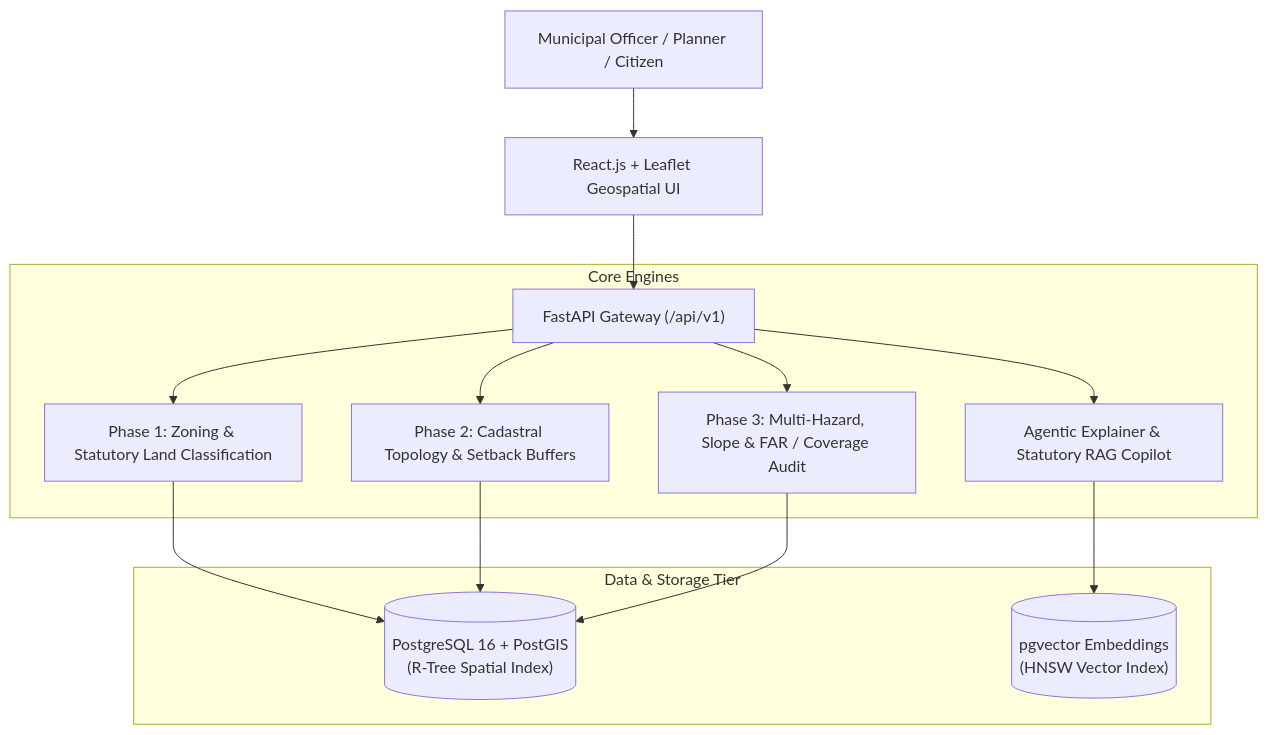
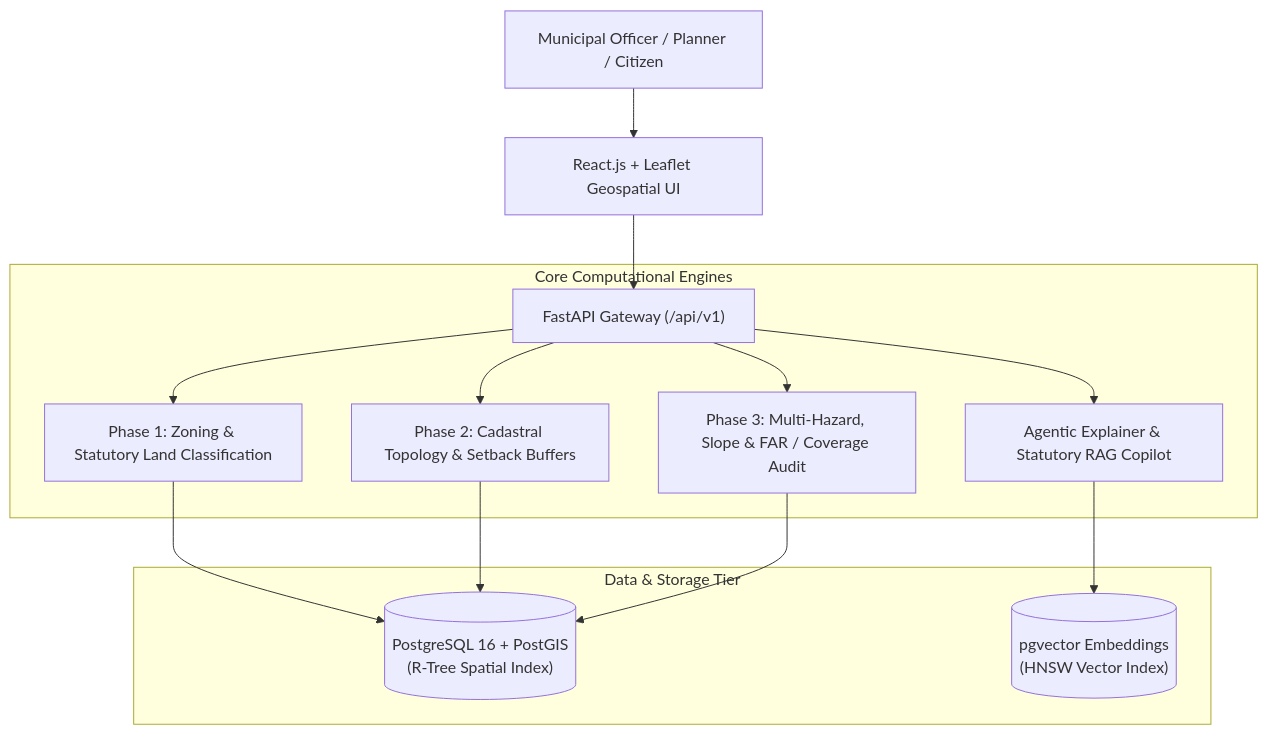
One commit to NaveenSuresh07/georag-plus changed the diagram in README.md. Above: the diagram before and after it, drawn with Mermaid. The commit also changed other lines of this file, not shown here.

Commit message:
docs: add detailed development status, batch roadmap, and milestone matrix

````diff
--- a/README.md
+++ b/README.md
@@ -31,17 +65,17 @@
 ```mermaid
 flowchart TD
     User["Municipal Officer / Planner / Citizen"] --> Frontend["React.js + Leaflet Geospatial UI"]
     Frontend --> API["FastAPI Gateway (/api/v1)"]
     
-    subgraph Core Engines
+    subgraph Core Engines [Core Computational Engines]
         API --> Phase1["Phase 1: Zoning & Statutory Land Classification"]
         API --> Phase2["Phase 2: Cadastral Topology & Setback Buffers"]
         API --> Phase3["Phase 3: Multi-Hazard, Slope & FAR / Coverage Audit"]
         API --> Agent["Agentic Explainer & Statutory RAG Copilot"]
     end
     
-    subgraph Data & Storage Tier
+    subgraph Data Tier [Data & Storage Tier]
         Phase1 & Phase2 & Phase3 --> PostGIS[("PostgreSQL 16 + PostGIS\n(R-Tree Spatial Index)")]
         Agent --> PGVector[("pgvector Embeddings\n(HNSW Vector Index)")]
     end
 ```
````
